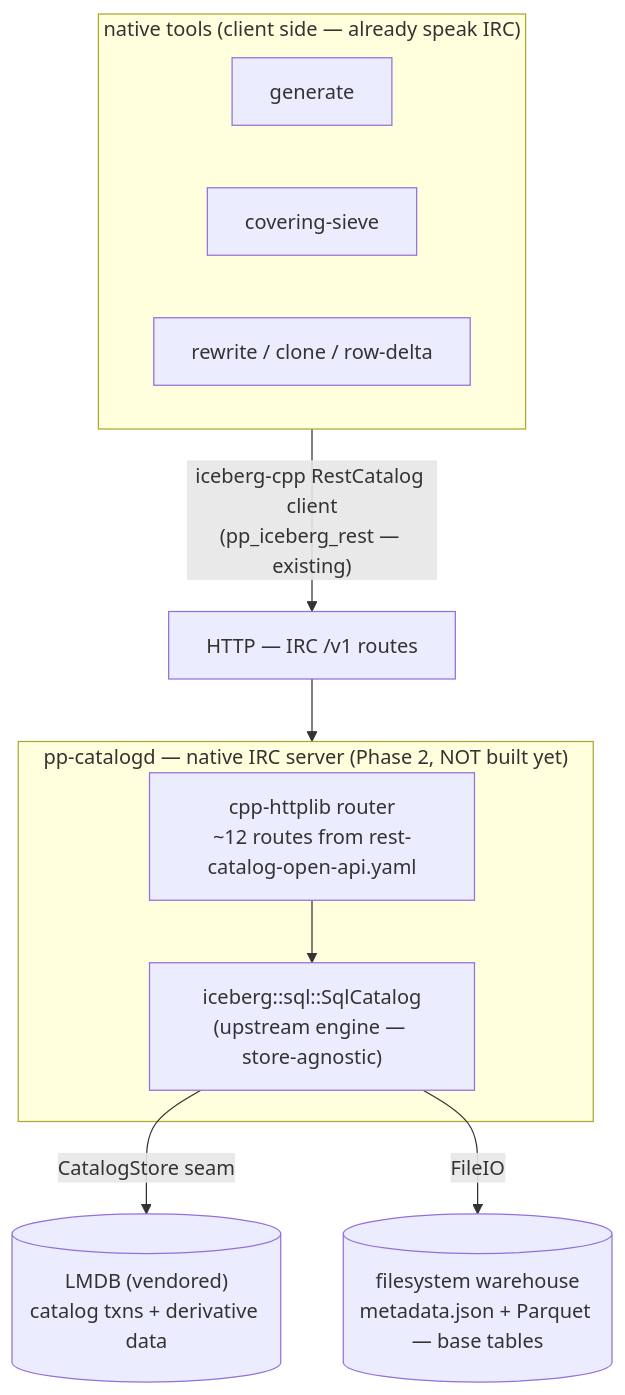
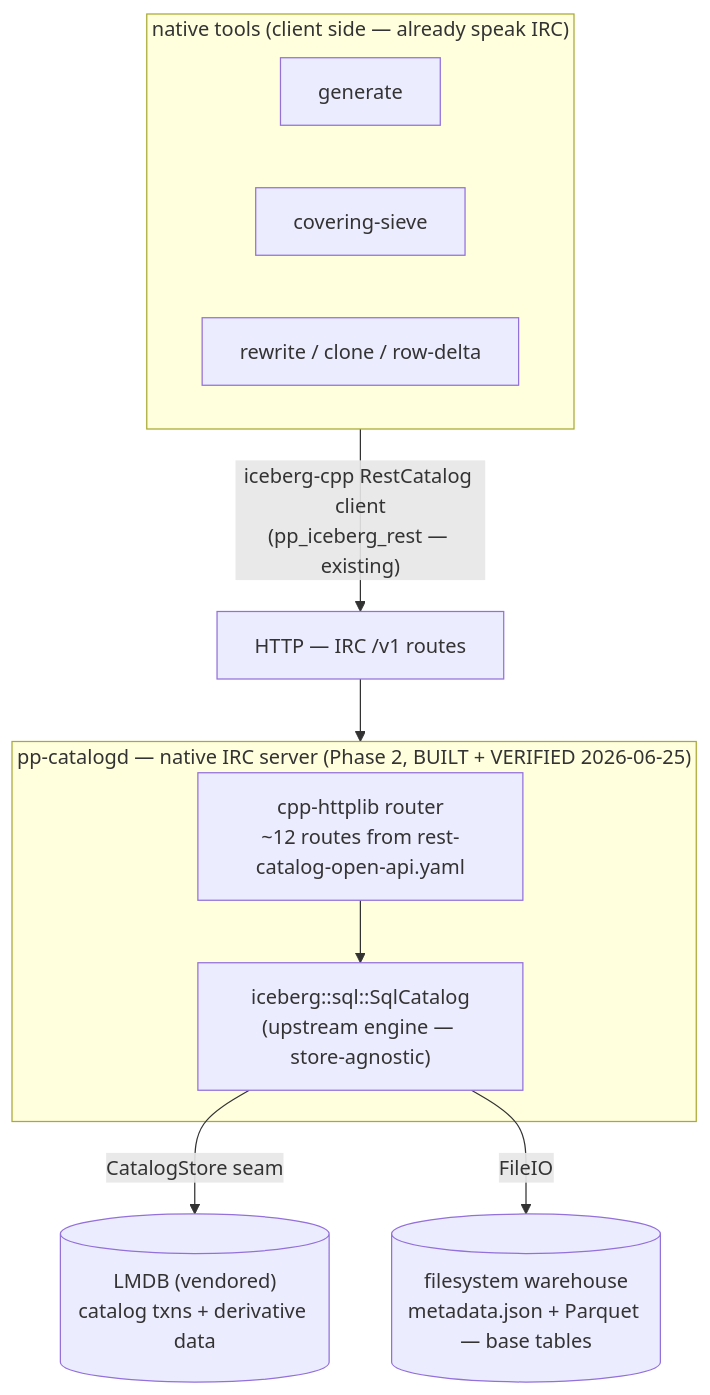
Before and after one commit to genamethi/dioph.pp: the first of 4 diagrams in HANDOFF.md, drawn with Mermaid. The commit also changed other lines of this file and 1 other file, not shown here.

First line of the commit message:
docs: mark pp-catalogd (Phase 2) built + verified; refresh catalog design

````diff
--- a/HANDOFF.md
+++ b/HANDOFF.md
@@ -131,17 +131,17 @@
 ```mermaid
 flowchart TD
     subgraph tools["native tools (client side — already speak IRC)"]
       gen[generate]
       sieve[covering-sieve]
       rew[rewrite / clone / row-delta]
     end
     tools -->|"iceberg-cpp RestCatalog client<br/>(pp_iceberg_rest — existing)"| wire
     wire["HTTP — IRC /v1 routes"] --> server
-    subgraph server["pp-catalogd — native IRC server (Phase 2, NOT built yet)"]
+    subgraph server["pp-catalogd — native IRC server (Phase 2, BUILT + VERIFIED 2026-06-25)"]
       router["cpp-httplib router<br/>~12 routes from rest-catalog-open-api.yaml"]
       engine["iceberg::sql::SqlCatalog<br/>(upstream engine — store-agnostic)"]
       router --> engine
     end
     engine -->|"CatalogStore seam"| lmdb[("LMDB (vendored)<br/>catalog txns + derivative data")]
     engine -->|"FileIO"| fs[("filesystem warehouse<br/>metadata.json + Parquet — base tables")]
 ```
````
